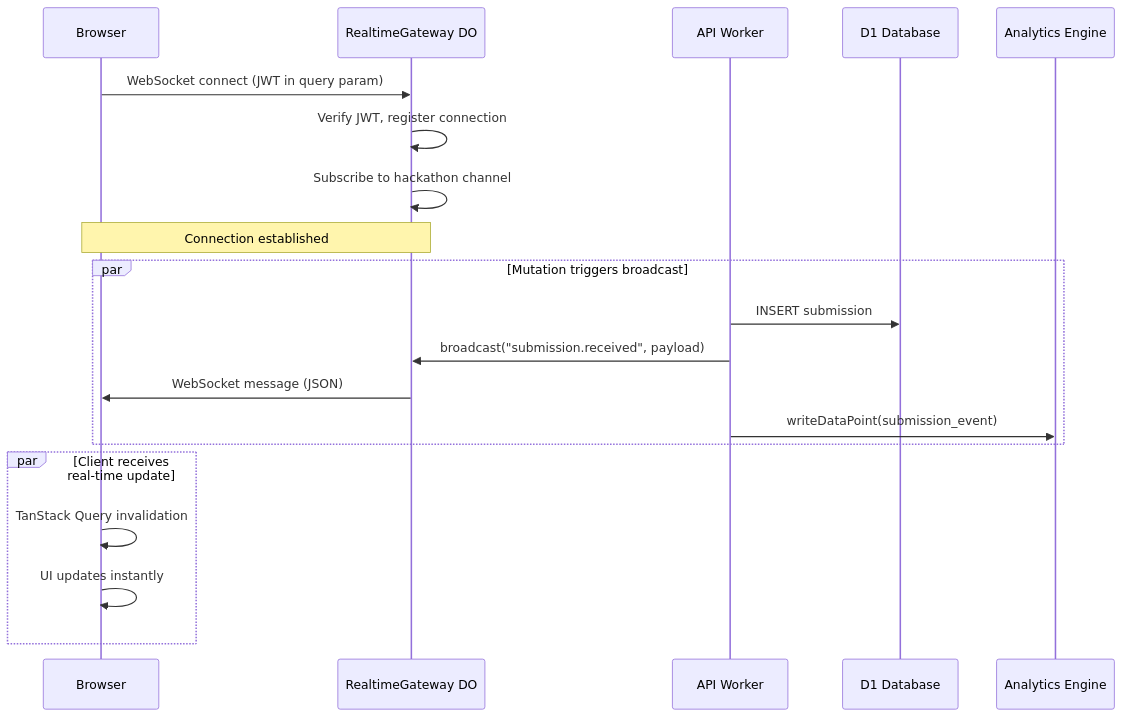
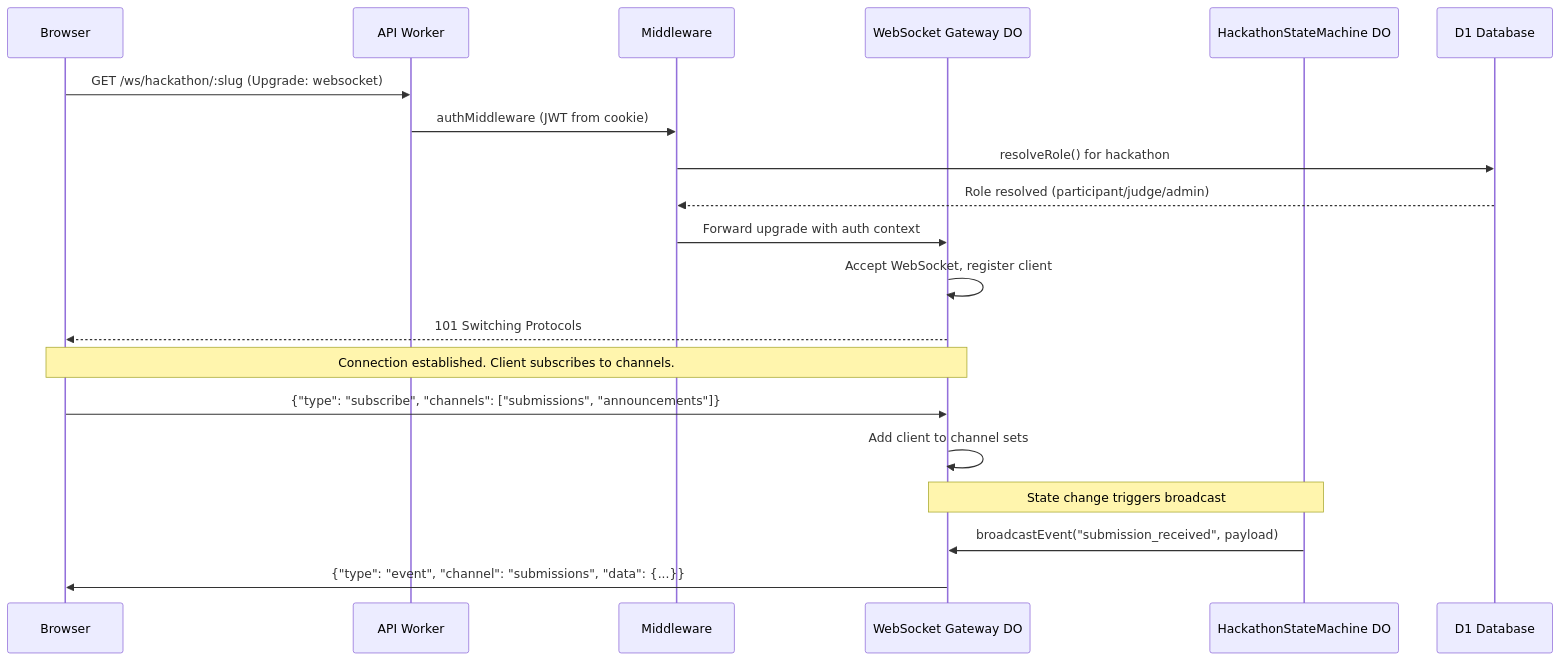
One commit to devangshupandey2025-stack/DevSage changed the seventh of 20 diagrams in docs/v3/architecture/00-overview.md. Above: the diagram before and after it, drawn with Mermaid. The commit also changed other lines of this file and 2 other files, not shown here.

Commit message:
chore: update api client and architecture docs

````diff
--- a/docs/v3/architecture/00-overview.md
+++ b/docs/v3/architecture/00-overview.md
@@ -325,26 +353,27 @@
 ```mermaid
 sequenceDiagram
     participant B as Browser
-    participant WS as RealtimeGateway DO
     participant W as API Worker
+    participant MW as Middleware
+    participant GW as WebSocket Gateway DO
+    participant DO as HackathonStateMachine DO
     participant DB as D1 Database
-    participant AE as Analytics Engine
 
-    B->>WS: WebSocket connect (JWT in query param)
-    WS->>WS: Verify JWT, register connection
-    WS->>WS: Subscribe to hackathon channel
+    B->>W: GET /ws/hackathon/:slug (Upgrade: websocket)
+    W->>MW: authMiddleware (JWT from cookie)
+    MW->>DB: resolveRole() for hackathon
+    DB-->>MW: Role resolved (participant/judge/admin)
+    MW->>GW: Forward upgrade with auth context
+    GW->>GW: Accept WebSocket, register client
+    GW-->>B: 101 Switching Protocols
 
-    Note over B,WS: Connection established
+    Note over B,GW: Connection established. Client subscribes to channels.
 
-    par Mutation triggers broadcast
-        W->>DB: INSERT submission
-        W->>WS: broadcast("submission.received", payload)
-        WS->>B: WebSocket message (JSON)
-        W->>AE: writeDataPoint(submission_event)
-    end
+    B->>GW: {"type": "subscribe", "channels": ["submissions", "announcements"]}
+    GW->>GW: Add client to channel sets
 
-    par Client receives real-time update
-        B->>B: TanStack Query invalidation
-        B->>B: UI updates instantly
-    end
+    Note over DO,GW: State change triggers broadcast
+
+    DO->>GW: broadcastEvent("submission_received", payload)
+    GW->>B: {"type": "event", "channel": "submissions", "data": {...}}
 ```
````
